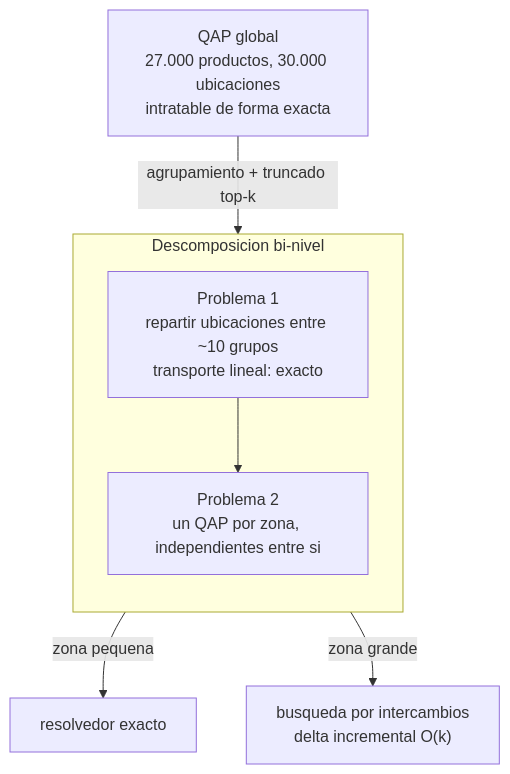
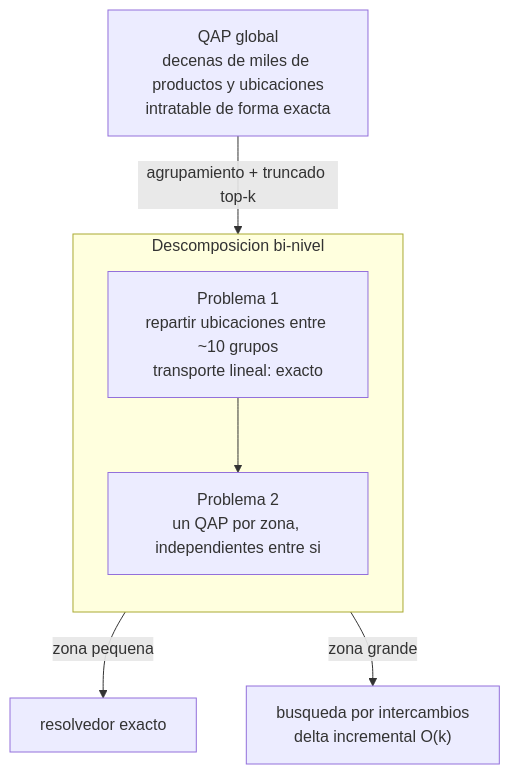
Before and after one commit to santiagofada/ABS-Affinity-based-slotting: the diagram in docs/metodo.md, drawn with Mermaid. The commit also changed other lines of this file and 3 other files, not shown here.

````diff
--- a/docs/metodo.md
+++ b/docs/metodo.md
@@ -24,13 +24,13 @@
 ```mermaid
 flowchart TB
-    QAP["QAP global<br/>27.000 productos, 30.000 ubicaciones<br/>intratable de forma exacta"]
+    QAP["QAP global<br/>decenas de miles de productos y ubicaciones<br/>intratable de forma exacta"]
     QAP -->|"agrupamiento + truncado top-k"| P1
     subgraph binivel["Descomposicion bi-nivel"]
         direction TB
         P1["Problema 1<br/>repartir ubicaciones entre ~10 grupos<br/>transporte lineal: exacto"]
         P2["Problema 2<br/>un QAP por zona, independientes entre si"]
         P1 --> P2
     end
     P2 -->|"zona pequena"| EX["resolvedor exacto"]
     P2 -->|"zona grande"| SW["busqueda por intercambios<br/>delta incremental O(k)"]
 ```
````
